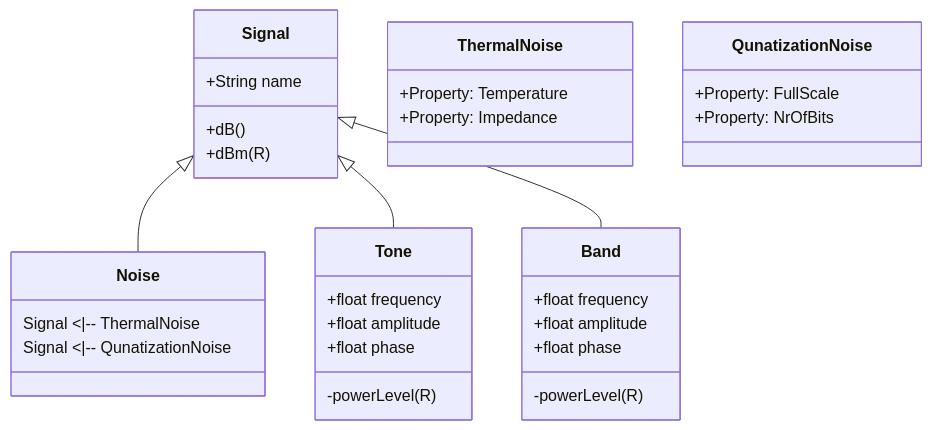
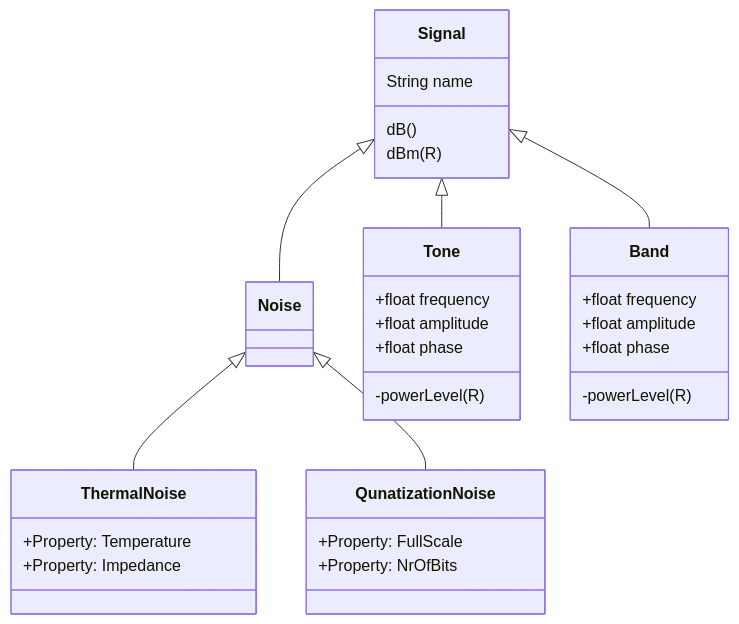
The diagram in trunk/AmoRF.md (botondkirei/AmoRF), drawn with Mermaid before and after one commit.

````diff
--- a/trunk/AmoRF.md
+++ b/trunk/AmoRF.md
@@ -1,33 +1,36 @@
 ```mermaid
 classDiagram
     Signal <|-- Noise
     Signal <|-- Tone
     Signal <|-- Band
-    Signal: +String name
-    Signal: +dB()
-    Signal: +dBm(R)
+    Noise <|-- ThermalNoise
+    Noise <|-- QunatizationNoise
+    class Signal {
+        String name
+        dB()
+        dBm(R)
+    }
     class Noise{
-      Signal <|-- ThermalNoise
-      Signal <|-- QunatizationNoise
+
     }
     class Tone{
       +float frequency
       +float amplitude
       +float phase
       -powerLevel(R)
     }
     class Band{
       +float frequency
       +float amplitude
       +float phase
       -powerLevel(R)
     }
     class ThermalNoise {
     +Property: Temperature
     +Property: Impedance
     }
     class QunatizationNoise {
     +Property: FullScale
     +Property: NrOfBits
     }     
 ```
````
